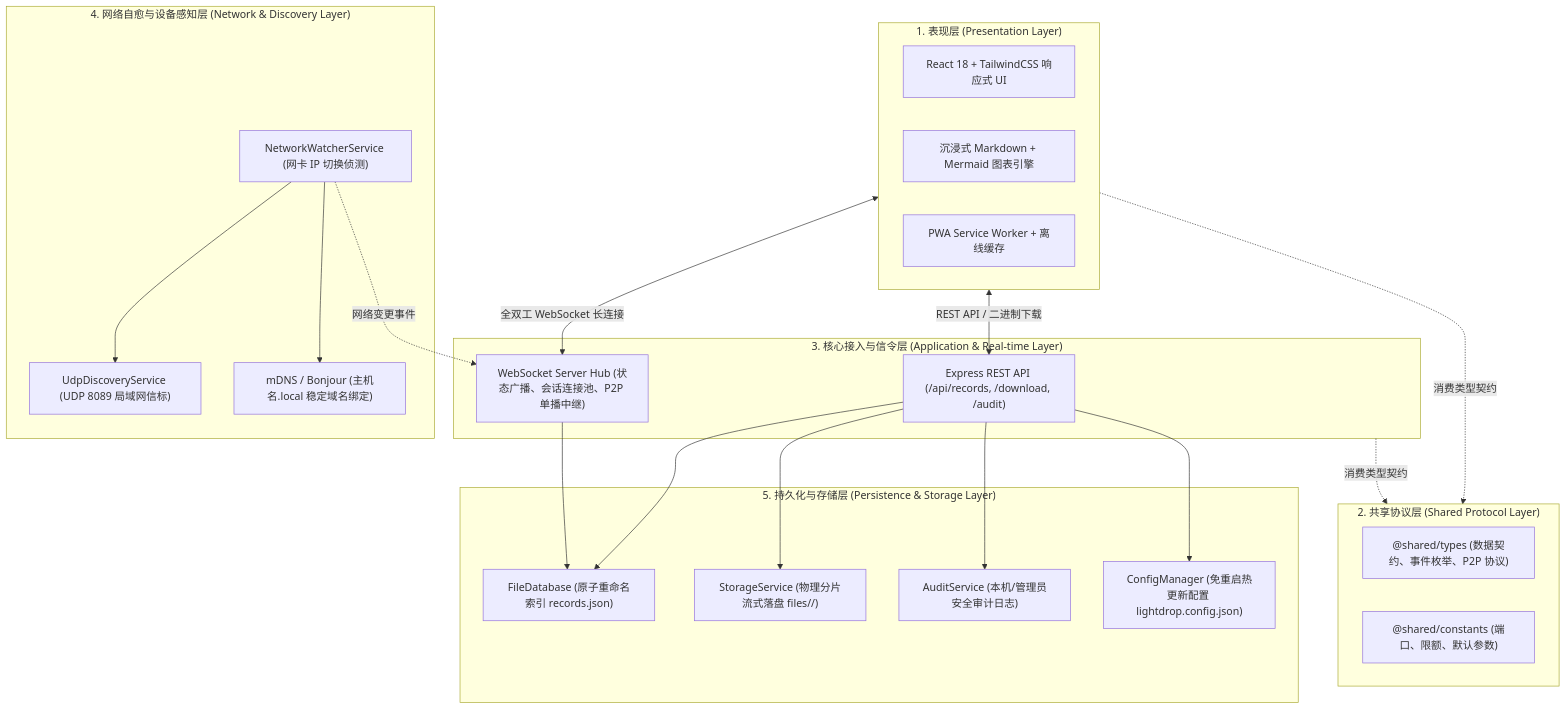
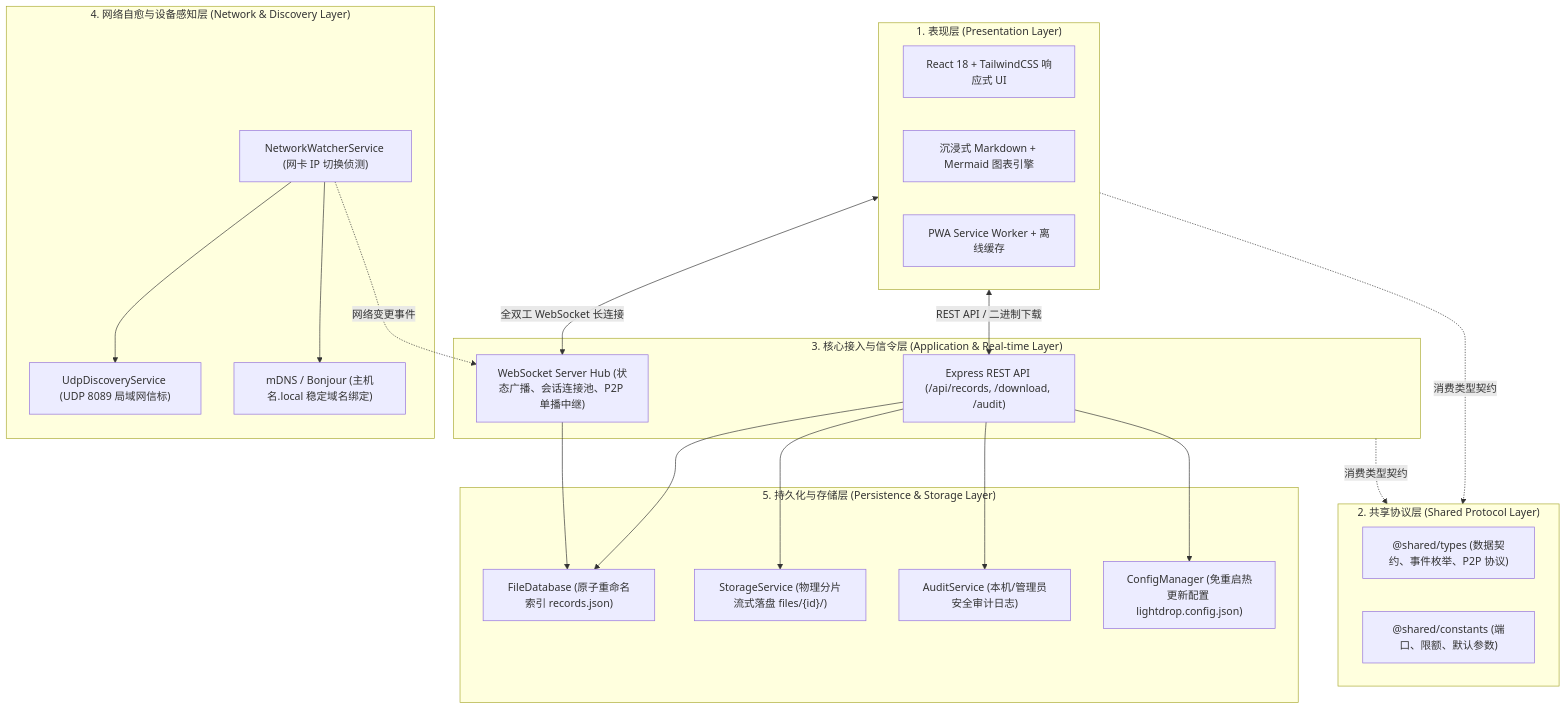
Before and after one commit to zhatiai/LightDrop: the first of 2 diagrams in docs/architecture.md, drawn with Mermaid. The commit also changed 3 other files, not shown here.

First line of the commit message:
fix(docs): 修复 GitHub 上 Mermaid 图表语法解析错误与序列图分号问题

````diff
--- a/docs/architecture.md
+++ b/docs/architecture.md
@@ -40,44 +40,44 @@
 ```mermaid
 flowchart TD
     subgraph Layer1["1. 表现层 (Presentation Layer)"]
         UI["React 18 + TailwindCSS 响应式 UI"]
         Reader["沉浸式 Markdown + Mermaid 图表引擎"]
         PWA["PWA Service Worker + 离线缓存"]
     end
 
     subgraph Layer2["2. 共享协议层 (Shared Protocol Layer)"]
         Types["@shared/types (数据契约、事件枚举、P2P 协议)"]
         Constants["@shared/constants (端口、限额、默认参数)"]
     end
 
     subgraph Layer3["3. 核心接入与信令层 (Application & Real-time Layer)"]
         ExpressApp["Express REST API (/api/records, /download, /audit)"]
         WSHub["WebSocket Server Hub (状态广播、会话连接池、P2P 单播中继)"]
     end
 
     subgraph Layer4["4. 网络自愈与设备感知层 (Network & Discovery Layer)"]
         NetWatcher["NetworkWatcherService (网卡 IP 切换侦测)"]
         UDPBeacon["UdpDiscoveryService (UDP 8089 局域网信标)"]
         Bonjour["mDNS / Bonjour (主机名.local 稳定域名绑定)"]
     end
 
     subgraph Layer5["5. 持久化与存储层 (Persistence & Storage Layer)"]
         AtomicDB["FileDatabase (原子重命名索引 records.json)"]
-        StorageSvc["StorageService (物理分片流式落盘 files/<id>/)"]
+        StorageSvc["StorageService (物理分片流式落盘 files/{id}/)"]
         AuditSvc["AuditService (本机/管理员安全审计日志)"]
         ConfigMgr["ConfigManager (免重启热更新配置 lightdrop.config.json)"]
     end
 
     Layer1 <-->|REST API / 二进制下载| ExpressApp
     Layer1 <-->|全双工 WebSocket 长连接| WSHub
     Layer1 -.->|消费类型契约| Layer2
     Layer3 -.->|消费类型契约| Layer2
     ExpressApp --> AtomicDB
     ExpressApp --> StorageSvc
     ExpressApp --> AuditSvc
     ExpressApp --> ConfigMgr
     WSHub --> AtomicDB
     NetWatcher --> UDPBeacon
     NetWatcher --> Bonjour
     NetWatcher -.->|网络变更事件| WSHub
 ```
````
